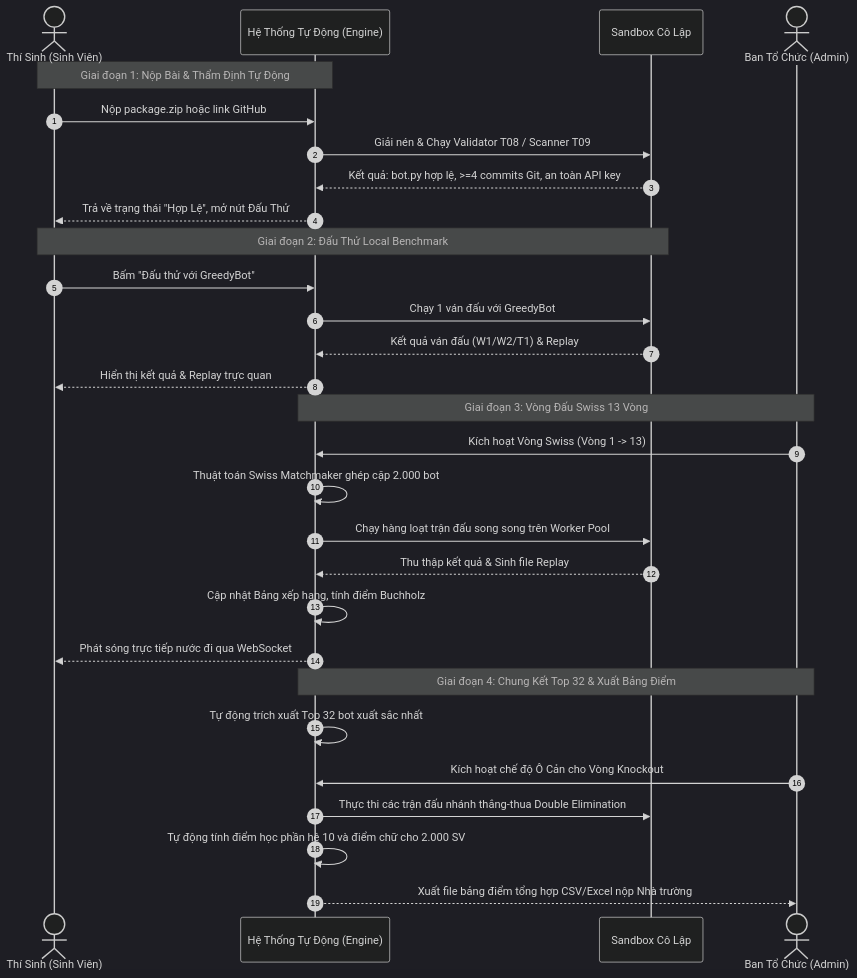
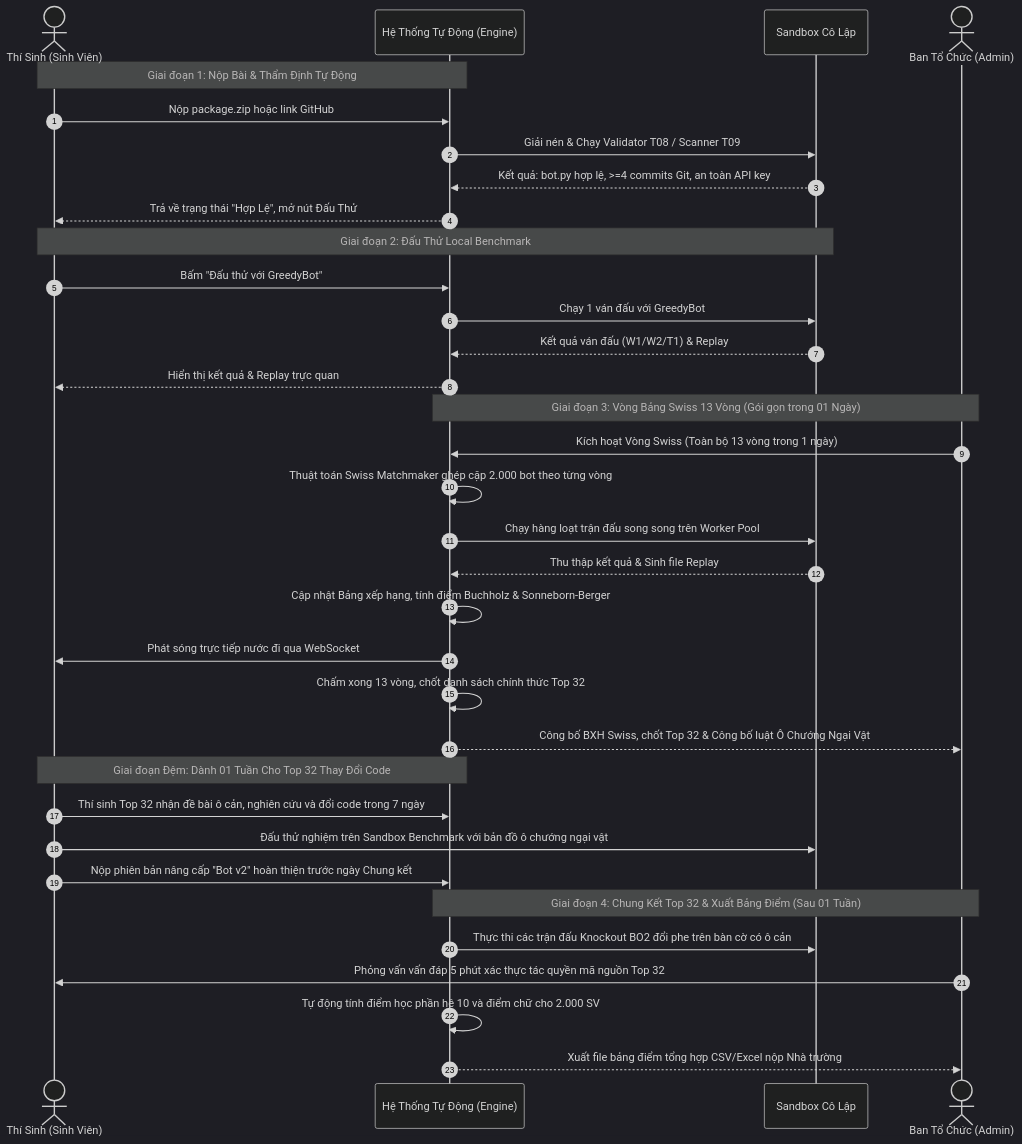
One commit to thnh23/HeThongOTTv2 changed the diagram in BAO_CAO_TONG_HOP_GIAI_DAU_VA_HE_THONG_OTTV2.md. Above: the diagram before and after it, drawn with Mermaid (dark theme). The commit also changed other lines of this file and 5 other files, not shown here.

````diff
--- a/BAO_CAO_TONG_HOP_GIAI_DAU_VA_HE_THONG_OTTV2.md
+++ b/BAO_CAO_TONG_HOP_GIAI_DAU_VA_HE_THONG_OTTV2.md
@@ -294,35 +318,41 @@
 ```mermaid
 sequenceDiagram
     autonumber
     actor ST as Thí Sinh (Sinh Viên)
     participant SYS as Hệ Thống Tự Động (Engine)
     participant SB as Sandbox Cô Lập
     actor AD as Ban Tổ Chức (Admin)
 
     Note over ST, SYS: Giai đoạn 1: Nộp Bài & Thẩm Định Tự Động
     ST->>SYS: Nộp package.zip hoặc link GitHub
     SYS->>SB: Giải nén & Chạy Validator T08 / Scanner T09
     SB-->>SYS: Kết quả: bot.py hợp lệ, >=4 commits Git, an toàn API key
     SYS-->>ST: Trả về trạng thái "Hợp Lệ", mở nút Đấu Thử
 
     Note over ST, SB: Giai đoạn 2: Đấu Thử Local Benchmark
     ST->>SYS: Bấm "Đấu thử với GreedyBot"
     SYS->>SB: Chạy 1 ván đấu với GreedyBot
     SB-->>SYS: Kết quả ván đấu (W1/W2/T1) & Replay
     SYS-->>ST: Hiển thị kết quả & Replay trực quan
 
-    Note over AD, SYS: Giai đoạn 3: Vòng Đấu Swiss 13 Vòng
-    AD->>SYS: Kích hoạt Vòng Swiss (Vòng 1 -> 13)
-    SYS->>SYS: Thuật toán Swiss Matchmaker ghép cặp 2.000 bot
+    Note over AD, SYS: Giai đoạn 3: Vòng Bảng Swiss 13 Vòng (Gói gọn trong 01 Ngày)
+    AD->>SYS: Kích hoạt Vòng Swiss (Toàn bộ 13 vòng trong 1 ngày)
+    SYS->>SYS: Thuật toán Swiss Matchmaker ghép cặp 2.000 bot theo từng vòng
     SYS->>SB: Chạy hàng loạt trận đấu song song trên Worker Pool
     SB-->>SYS: Thu thập kết quả & Sinh file Replay
-    SYS->>SYS: Cập nhật Bảng xếp hạng, tính điểm Buchholz
-    SYS-->>ST: Phát sóng trực tiếp nước đi qua WebSocket
+    SYS->>SYS: Cập nhật Bảng xếp hạng, tính điểm Buchholz & Sonneborn-Berger
+    SYS->>ST: Phát sóng trực tiếp nước đi qua WebSocket
+    SYS->>SYS: Chấm xong 13 vòng, chốt danh sách chính thức Top 32
+    SYS-->>AD: Công bố BXH Swiss, chốt Top 32 & Công bố luật Ô Chướng Ngại Vật
 
-    Note over AD, SYS: Giai đoạn 4: Chung Kết Top 32 & Xuất Bảng Điểm
-    SYS->>SYS: Tự động trích xuất Top 32 bot xuất sắc nhất
-    AD->>SYS: Kích hoạt chế độ Ô Cản cho Vòng Knockout
-    SYS->>SB: Thực thi các trận đấu nhánh thắng-thua Double Elimination
+    Note over ST, SYS: Giai đoạn Đệm: Dành 01 Tuần Cho Top 32 Thay Đổi Code
+    ST->>SYS: Thí sinh Top 32 nhận đề bài ô cản, nghiên cứu và đổi code trong 7 ngày
+    ST->>SB: Đấu thử nghiệm trên Sandbox Benchmark với bản đồ ô chướng ngại vật
+    ST->>SYS: Nộp phiên bản nâng cấp "Bot v2" hoàn thiện trước ngày Chung kết
+
+    Note over AD, SYS: Giai đoạn 4: Chung Kết Top 32 & Xuất Bảng Điểm (Sau 01 Tuần)
+    SYS->>SB: Thực thi các trận đấu Knockout BO2 đổi phe trên bàn cờ có ô cản
+    AD->>ST: Phỏng vấn vấn đáp 5 phút xác thực tác quyền mã nguồn Top 32
     SYS->>SYS: Tự động tính điểm học phần hệ 10 và điểm chữ cho 2.000 SV
     SYS-->>AD: Xuất file bảng điểm tổng hợp CSV/Excel nộp Nhà trường
 ```
````
